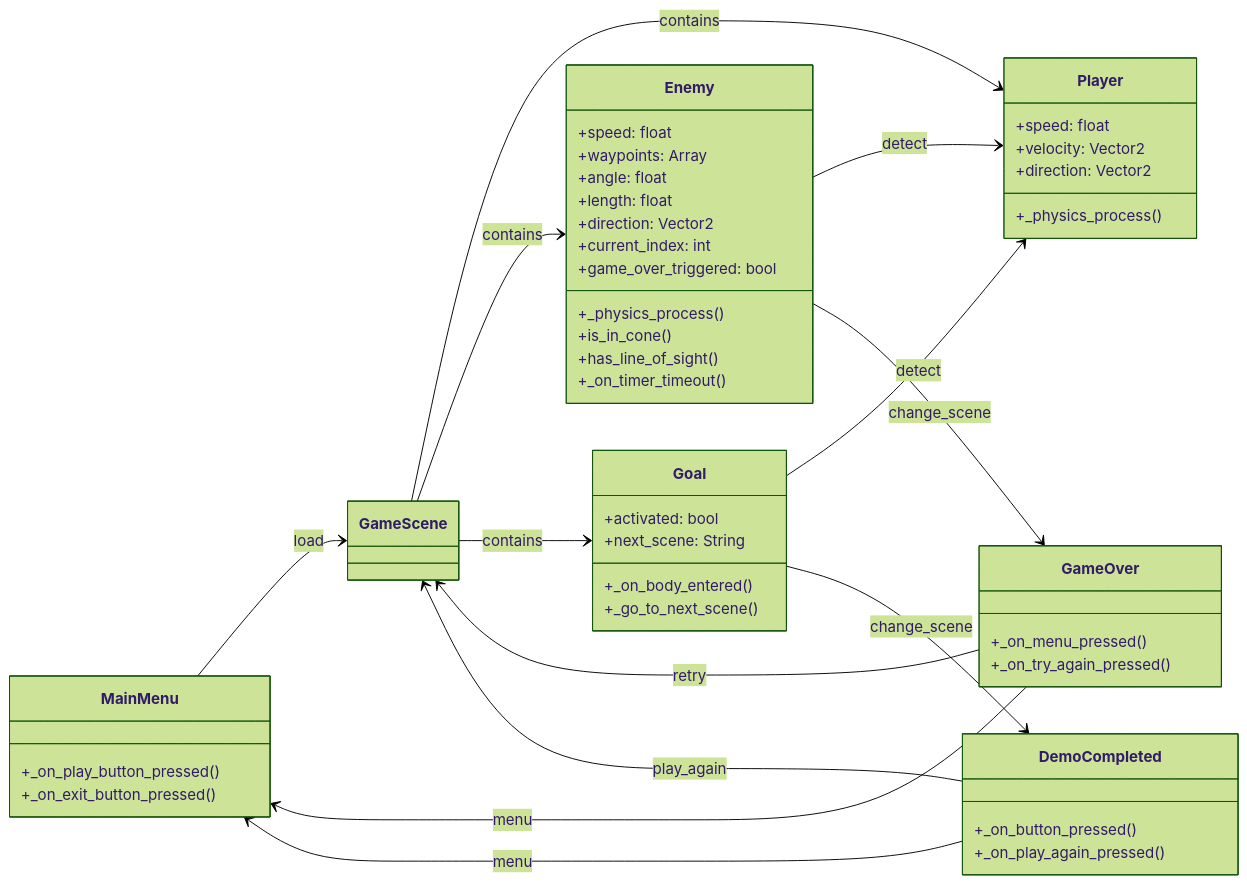
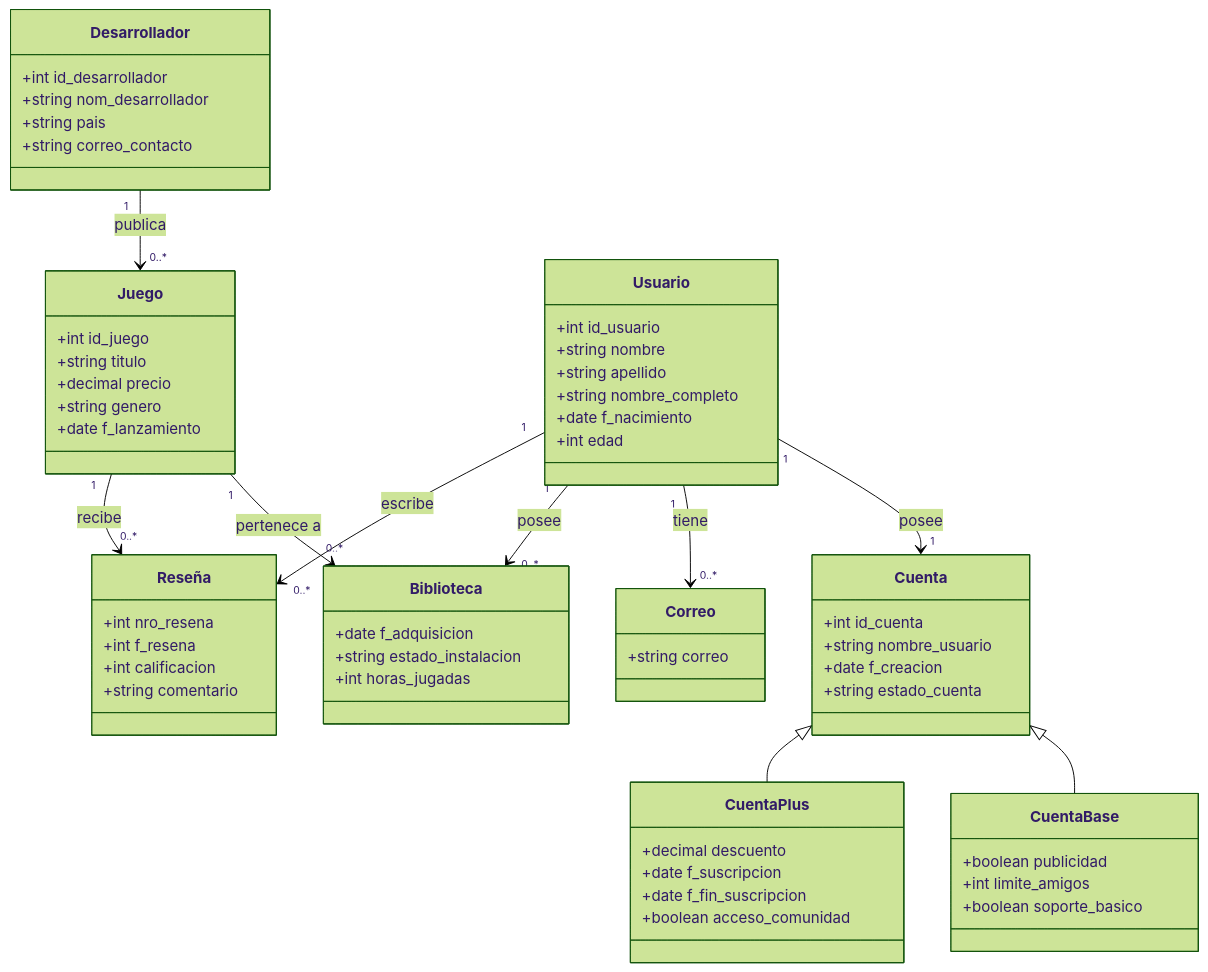
Before and after one commit to Ast-J-W/AST-j-w: the diagram in README.md, drawn with Mermaid (forest theme). The commit also changed other lines of this file, not shown here.

Commit message:
README.md

````diff
--- a/README.md
+++ b/README.md
@@ -27,63 +27,79 @@
 ```mermaid
 classDiagram
-direction LR
 
-class MainMenu {
-  +_on_play_button_pressed()
-  +_on_exit_button_pressed()
+class Desarrollador {
+    +int id_desarrollador
+    +string nom_desarrollador
+    +string pais
+    +string correo_contacto
 }
 
-class GameScene {
+class Juego {
+    +int id_juego
+    +string titulo
+    +decimal precio
+    +string genero
+    +date f_lanzamiento
 }
 
-class Player {
-  +speed: float
-  +velocity: Vector2
-  +direction: Vector2
-  +_physics_process()
+class Usuario {
+    +int id_usuario
+    +string nombre
+    +string apellido
+    +string nombre_completo
+    +date f_nacimiento
+    +int edad
 }
 
-class Enemy {
-  +speed: float
-  +waypoints: Array
-  +angle: float
-  +length: float
-  +direction: Vector2
-  +current_index: int
-  +game_over_triggered: bool
-  +_physics_process()
-  +is_in_cone()
-  +has_line_of_sight()
-  +_on_timer_timeout()
+class Correo {
+    +string correo
 }
 
-class Goal {
-  +activated: bool
-  +next_scene: String
-  +_on_body_entered()
-  +_go_to_next_scene()
+class Cuenta {
+    +int id_cuenta
+    +string nombre_usuario
+    +date f_creacion
+    +string estado_cuenta
 }
 
-class GameOver {
-  +_on_menu_pressed()
-  +_on_try_again_pressed()
+class CuentaBase {
+    +boolean publicidad
+    +int limite_amigos
+    +boolean soporte_basico
 }
 
-class DemoCompleted {
-  +_on_button_pressed()
-  +_on_play_again_pressed()
+class CuentaPlus {
+    +decimal descuento
+    +date f_suscripcion
+    +date f_fin_suscripcion
+    +boolean acceso_comunidad
 }
 
-MainMenu --> GameScene : load
-GameScene --> Player : contains
-GameScene --> Enemy : contains
-GameScene --> Goal : contains
-Enemy --> Player : detect
-Enemy --> GameOver : change_scene
-Goal --> Player : detect
-Goal --> DemoCompleted : change_scene
-GameOver --> MainMenu : menu
-GameOver --> GameScene : retry
-DemoCompleted --> MainMenu : menu
-DemoCompleted --> GameScene : play_again
+class Biblioteca {
+    +date f_adquisicion
+    +string estado_instalacion
+    +int horas_jugadas
+}
+
+class Reseña {
+    +int nro_resena
+    +int f_resena
+    +int calificacion
+    +string comentario
+}
+
+Desarrollador "1" --> "0..*" Juego : publica
+
+Usuario "1" --> "1" Cuenta : posee
+
+Cuenta <|-- CuentaBase
+Cuenta <|-- CuentaPlus
+
+Usuario "1" --> "0..*" Correo : tiene
+
+Usuario "1" --> "0..*" Biblioteca : posee
+Juego "1" --> "0..*" Biblioteca : pertenece a
+
+Juego "1" --> "0..*" Reseña : recibe
+Usuario "1" --> "0..*" Reseña : escribe
 ```
````
